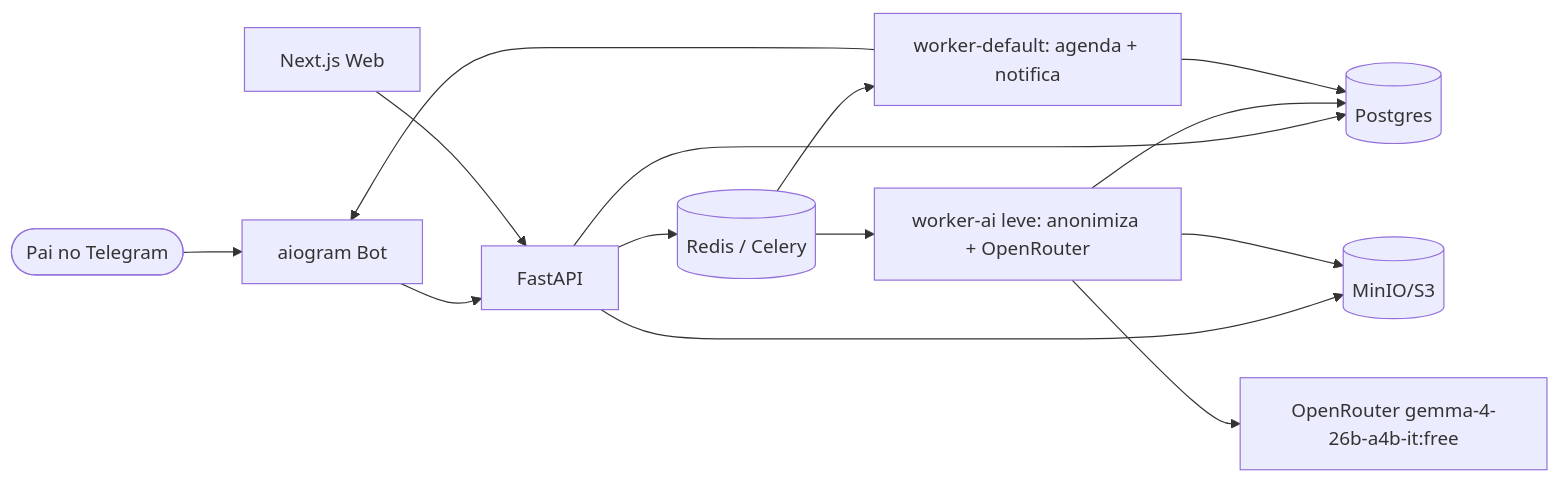
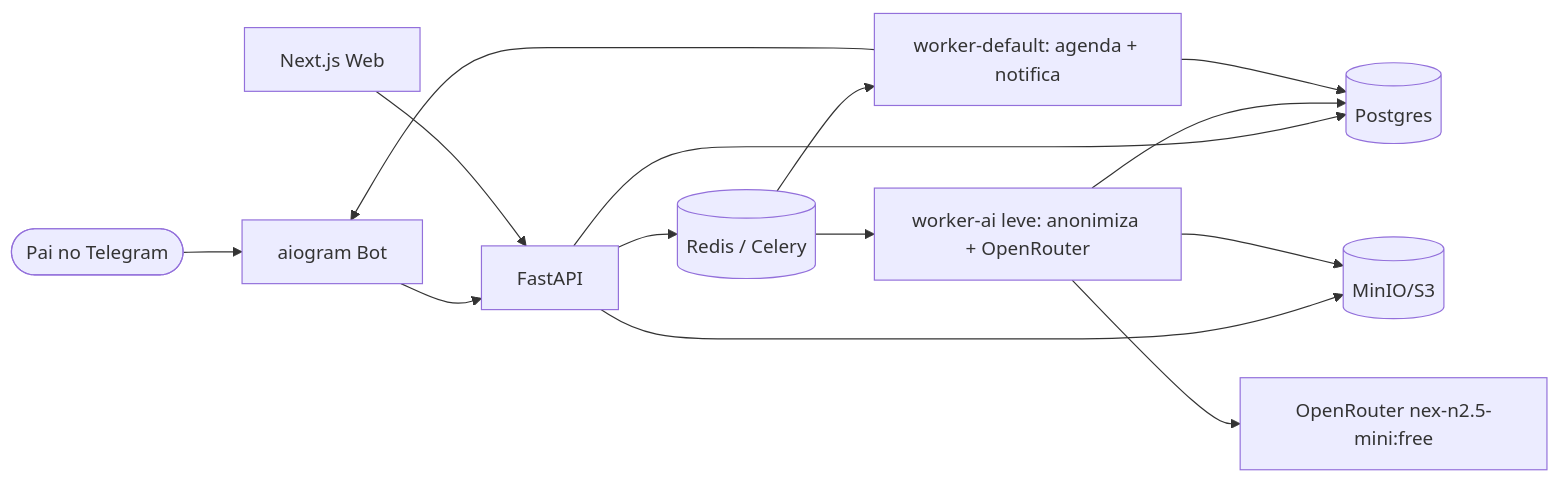
The first of 2 diagrams in SPECS.md (elrcosta-lab/hora_da_tarefa), drawn with Mermaid before and after one commit. The commit also changed other lines of this file and 17 other files, not shown here.

First line of the commit message:
feat: switch to nex-n2.5-mini and add routine import by inference

````diff
--- a/SPECS.md
+++ b/SPECS.md
@@ -106,16 +106,16 @@
 ```mermaid
 flowchart LR
   Pai([Pai no Telegram]) --> BOT[aiogram Bot]
   BOT --> API[FastAPI]
   WEB[Next.js Web] --> API
   API --> PG[(Postgres)]
   API --> S3[(MinIO/S3)]
   API --> Q[(Redis / Celery)]
   Q --> WA[worker-default: agenda + notifica]
   Q --> WAI[worker-ai leve: anonimiza + OpenRouter]
-  WAI --> OR[OpenRouter gemma-4-26b-a4b-it:free]
+  WAI --> OR[OpenRouter nex-n2.5-mini:free]
   WAI --> S3
   WAI --> PG
   WA --> BOT
   WA --> PG
 ```
````
